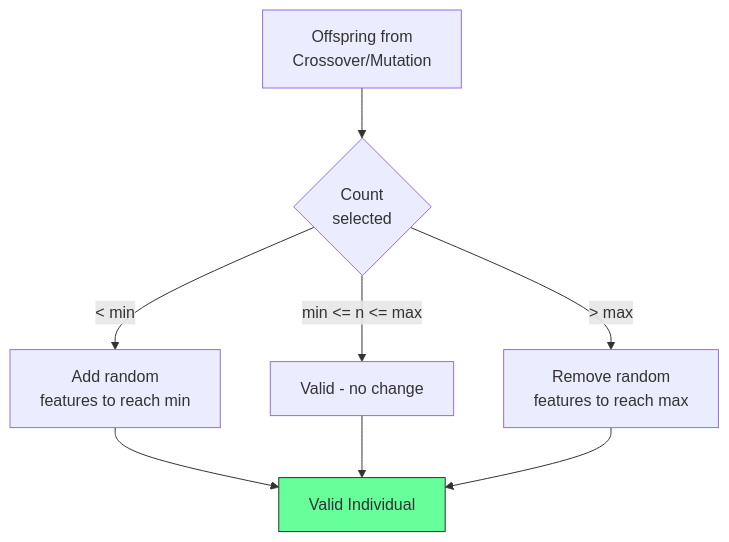
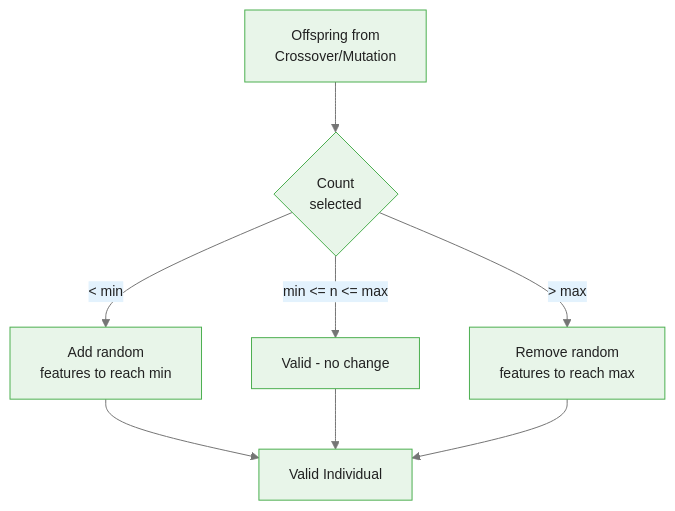
One commit to m-deane/course-creator changed the third of 4 diagrams in courses/genetic-algorithms-feature-selection/modules/module_00_foundations/guides/02_evolutionary_operators_slides.md. Above: the diagram before and after it, drawn with Mermaid. The commit also changed other lines of this file and 52 other files, not shown here.

````diff
--- a/courses/genetic-algorithms-feature-selection/modules/module_00_foundations/guides/02_evolutionary_operators_slides.md
+++ b/courses/genetic-algorithms-feature-selection/modules/module_00_foundations/guides/02_evolutionary_operators_slides.md
@@ -342,11 +434,11 @@
 ```mermaid
+%%{init: {"theme": "base", "themeVariables": {"primaryColor": "#e8f5e9", "primaryBorderColor": "#4caf50", "primaryTextColor": "#212121", "secondaryColor": "#e3f2fd", "tertiaryColor": "#fff8e1", "lineColor": "#757575", "fontFamily": "Inter, sans-serif", "fontSize": "14px"}}}%%
 flowchart TD
     A[Offspring from<br/>Crossover/Mutation] --> B{Count<br/>selected}
     B -->|"< min"| C[Add random<br/>features to reach min]
     B -->|"min <= n <= max"| D[Valid - no change]
     B -->|"> max"| E[Remove random<br/>features to reach max]
     C --> F[Valid Individual]
     D --> F
     E --> F
-    style F fill:#6f9,stroke:#333
 ```
````
